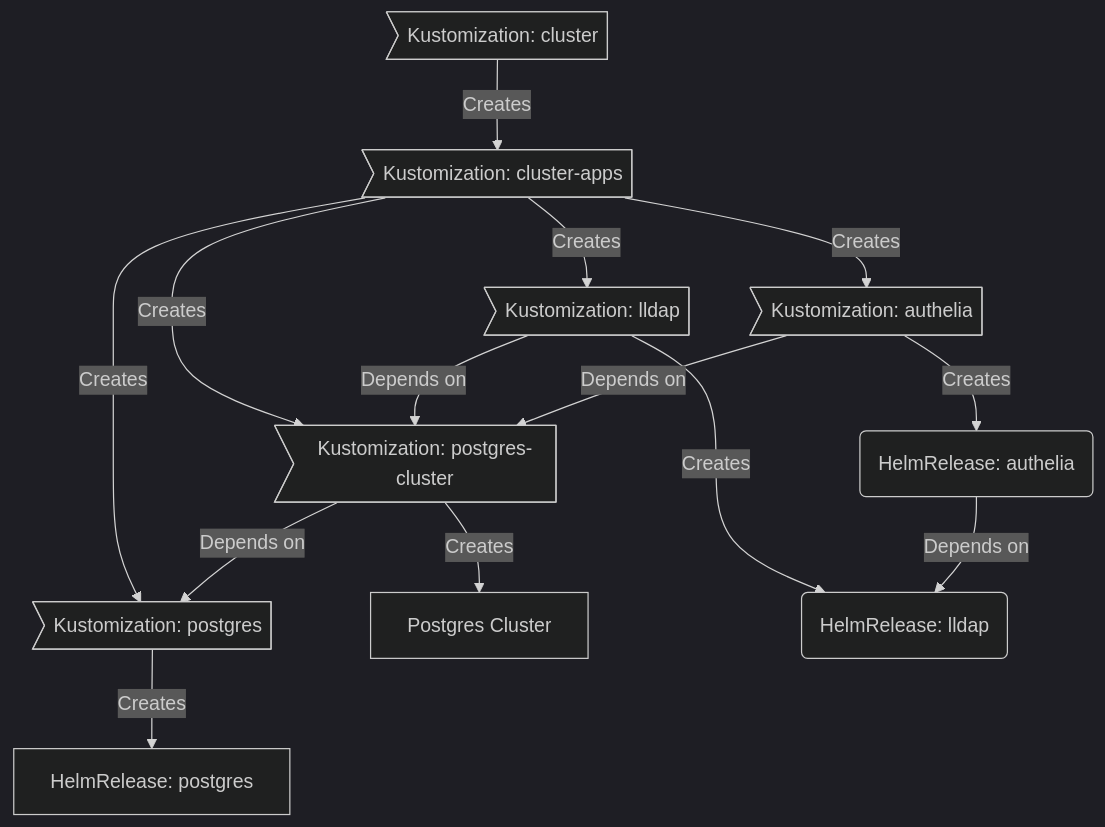
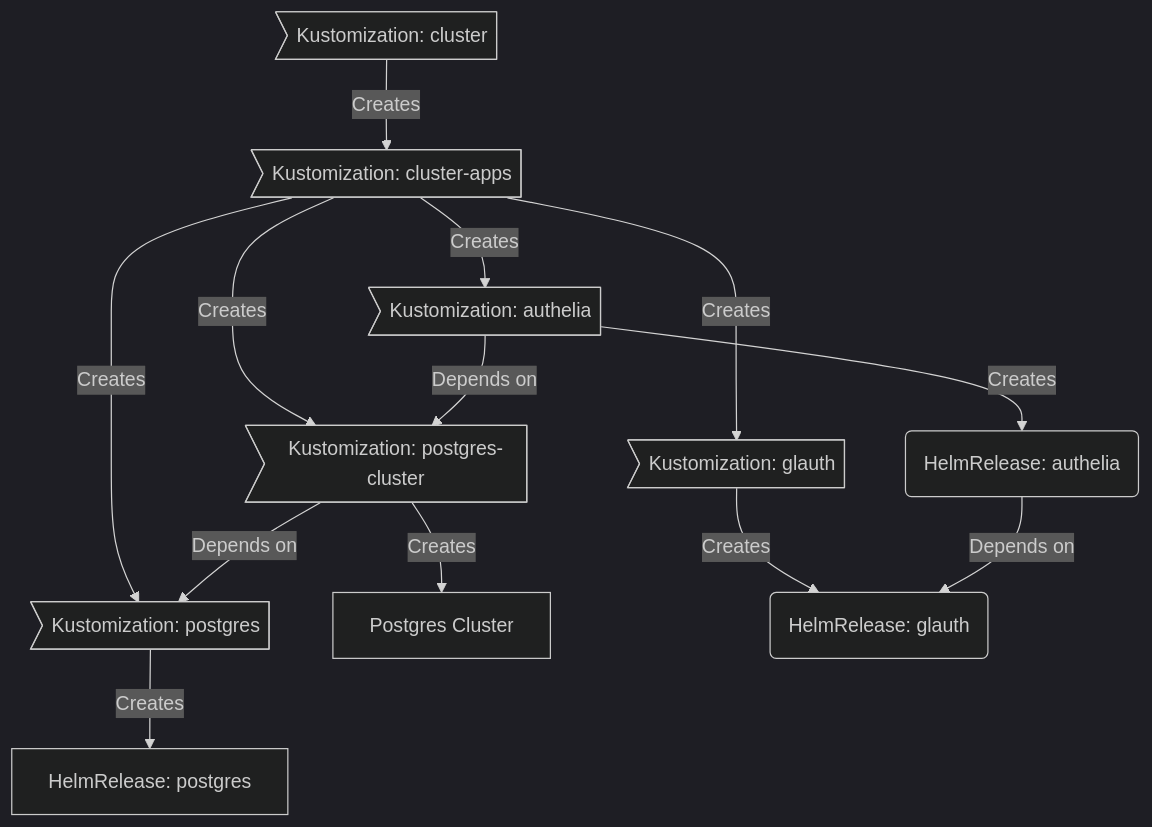
Before and after one commit to onedr0p/home-ops: the diagram in README.md, drawn with Mermaid (dark theme). The commit also changed other lines of this file and 11 other files, not shown here.

Commit message:
feat(glauth): switch away from lldap

````diff
--- a/README.md
+++ b/README.md
@@ -98,16 +98,15 @@
 ```mermaid
 graph TD;
   id1>Kustomization: cluster] -->|Creates| id2>Kustomization: cluster-apps];
   id2>Kustomization: cluster-apps] -->|Creates| id3>Kustomization: postgres];
-  id2>Kustomization: cluster-apps] -->|Creates| id6>Kustomization: lldap]
+  id2>Kustomization: cluster-apps] -->|Creates| id6>Kustomization: glauth]
   id2>Kustomization: cluster-apps] -->|Creates| id8>Kustomization: authelia]
   id2>Kustomization: cluster-apps] -->|Creates| id5>Kustomization: postgres-cluster]
   id3>Kustomization: postgres] -->|Creates| id4[HelmRelease: postgres];
   id5>Kustomization: postgres-cluster] -->|Depends on| id3>Kustomization: postgres];
   id5>Kustomization: postgres-cluster] -->|Creates| id10[Postgres Cluster];
-  id6>Kustomization: lldap] -->|Creates| id7(HelmRelease: lldap);
-  id6>Kustomization: lldap] -->|Depends on| id5>Kustomization: postgres-cluster];
+  id6>Kustomization: glauth] -->|Creates| id7(HelmRelease: glauth);
   id8>Kustomization: authelia] -->|Creates| id9(HelmRelease: authelia);
   id8>Kustomization: authelia] -->|Depends on| id5>Kustomization: postgres-cluster];
-  id9(HelmRelease: authelia) -->|Depends on| id7(HelmRelease: lldap);
+  id9(HelmRelease: authelia) -->|Depends on| id7(HelmRelease: glauth);
 ```
````
